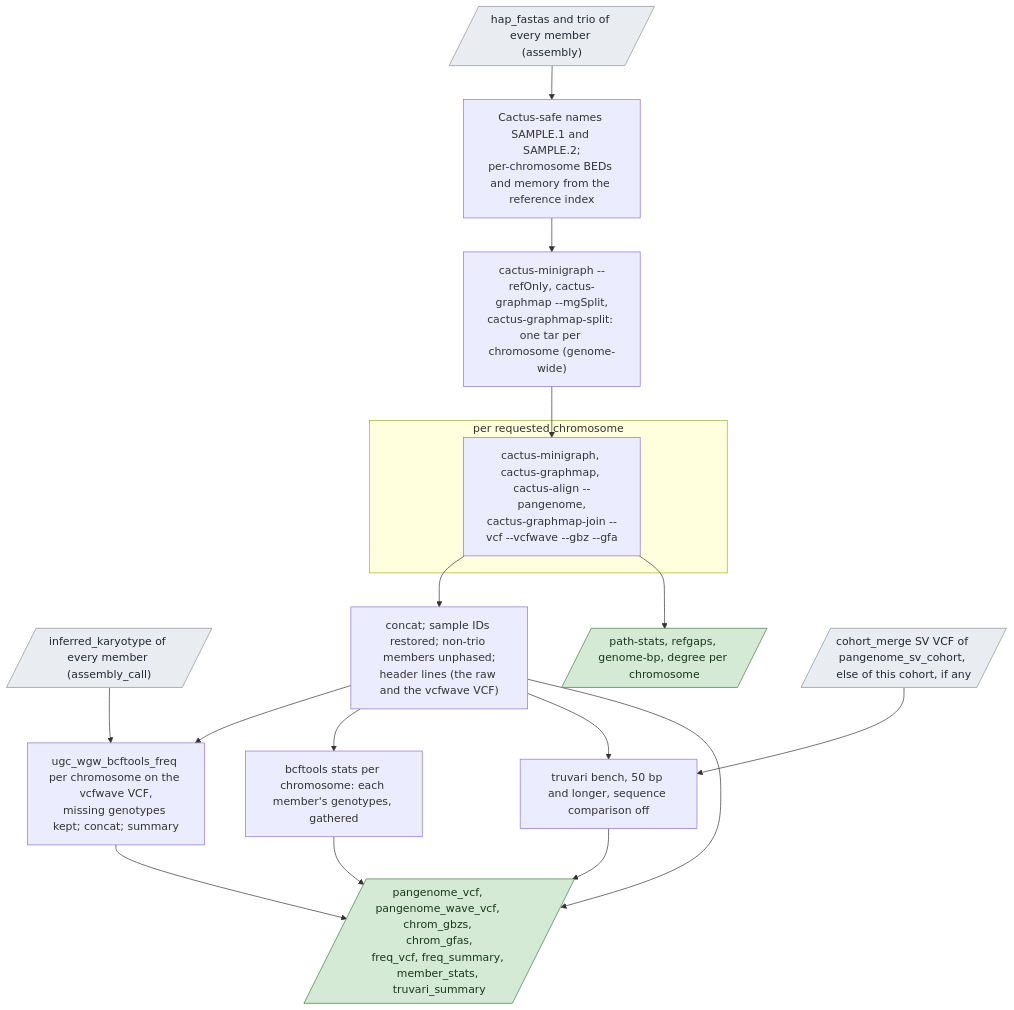
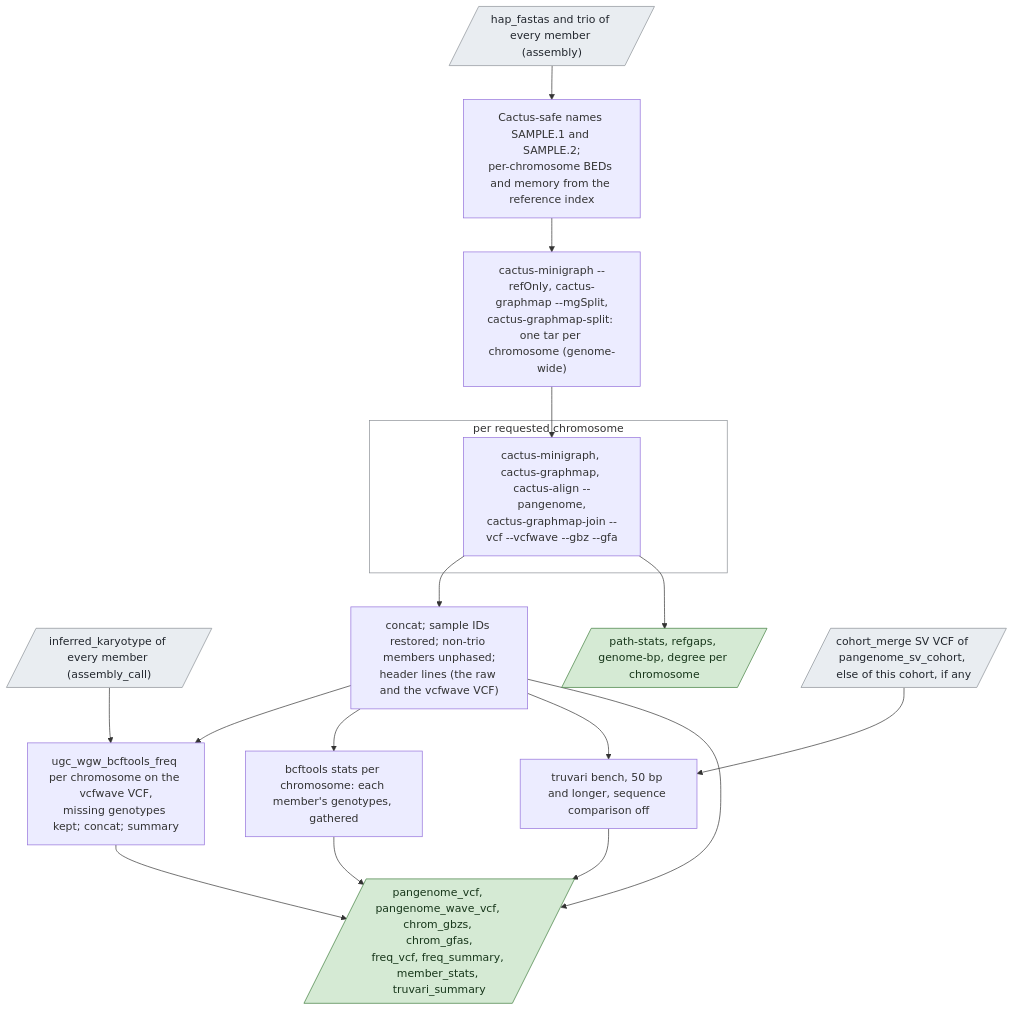
Before and after one commit to UppsalaGenomeCenter/ugc-wgw: the diagram in docs/guide/stages/cohort_pangenome.md, drawn with Mermaid. The commit also changed 19 other files, not shown here.

````diff
--- a/docs/guide/stages/cohort_pangenome.md
+++ b/docs/guide/stages/cohort_pangenome.md
@@ -22,22 +22,24 @@
 ```mermaid
 flowchart TD
   asm[/"hap_fastas and trio of every member (assembly)"/]:::data --> names["Cactus-safe names SAMPLE.1 and SAMPLE.2;<br/>per-chromosome BEDs and memory from the reference index"]
   kar[/"inferred_karyotype of every member (assembly_call)"/]:::data --> freq
   names --> split["cactus-minigraph --refOnly, cactus-graphmap --mgSplit,<br/>cactus-graphmap-split: one tar per chromosome (genome-wide)"]
   split --> chrom
   subgraph per["per requested chromosome"]
     chrom["cactus-minigraph, cactus-graphmap, cactus-align --pangenome,<br/>cactus-graphmap-join --vcf --vcfwave --gbz --gfa"]
   end
   chrom --> post["concat; sample IDs restored; non-trio members unphased;<br/>header lines (the raw and the vcfwave VCF)"]
   post --> freq["ugc_wgw_bcftools_freq per chromosome on the vcfwave VCF,<br/>missing genotypes kept; concat; summary"]
   post --> ms["bcftools stats per chromosome: each member's genotypes, gathered"]
   chrom --> gs[/"path-stats, refgaps, genome-bp, degree per chromosome"/]:::result
   sv[/"cohort_merge SV VCF of pangenome_sv_cohort, else of this cohort, if any"/]:::data --> tv["truvari bench, 50 bp and longer, sequence comparison off"]
   post --> tv
   post --> out[/"pangenome_vcf, pangenome_wave_vcf, chrom_gbzs, chrom_gfas,<br/>freq_vcf, freq_summary, member_stats, truvari_summary"/]:::result
   freq --> out
   ms --> out
   tv --> out
   classDef data fill:#e9edf1,stroke:#8a8f95,color:#22272e
   classDef result fill:#d5ead4,stroke:#3f7d3c,color:#17361a
+  classDef box fill:none,stroke:#8a8f95
+  class per box
 ```
````
